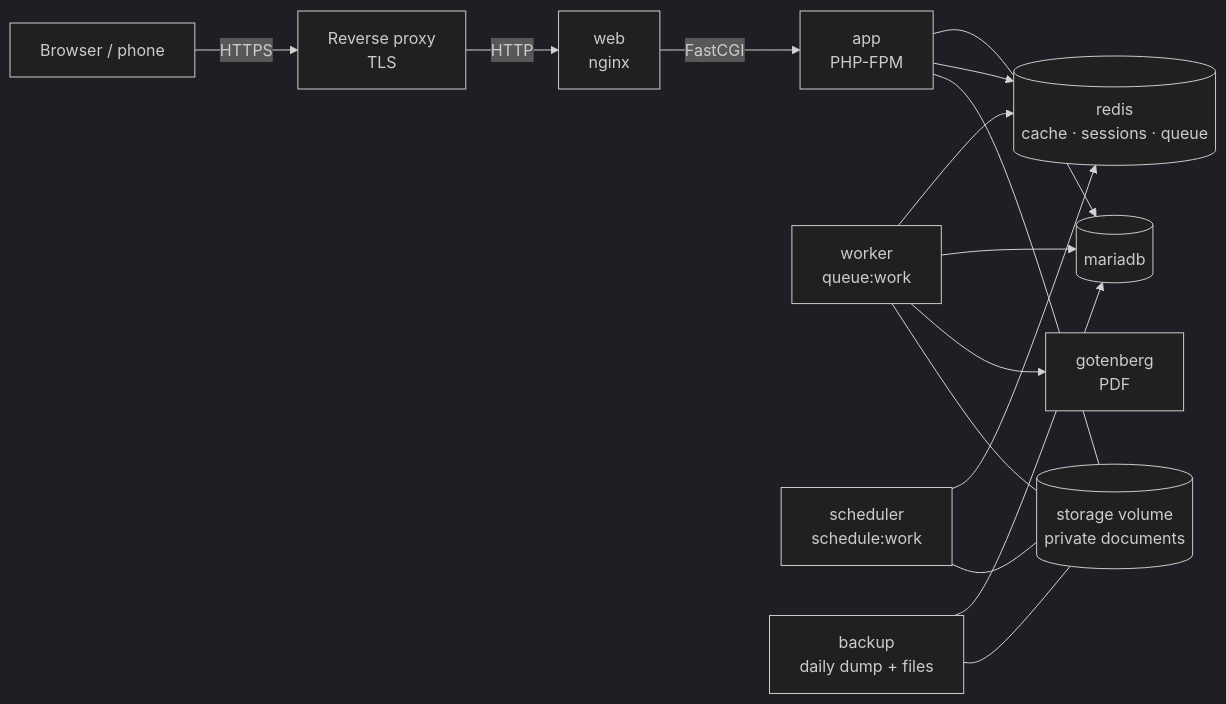
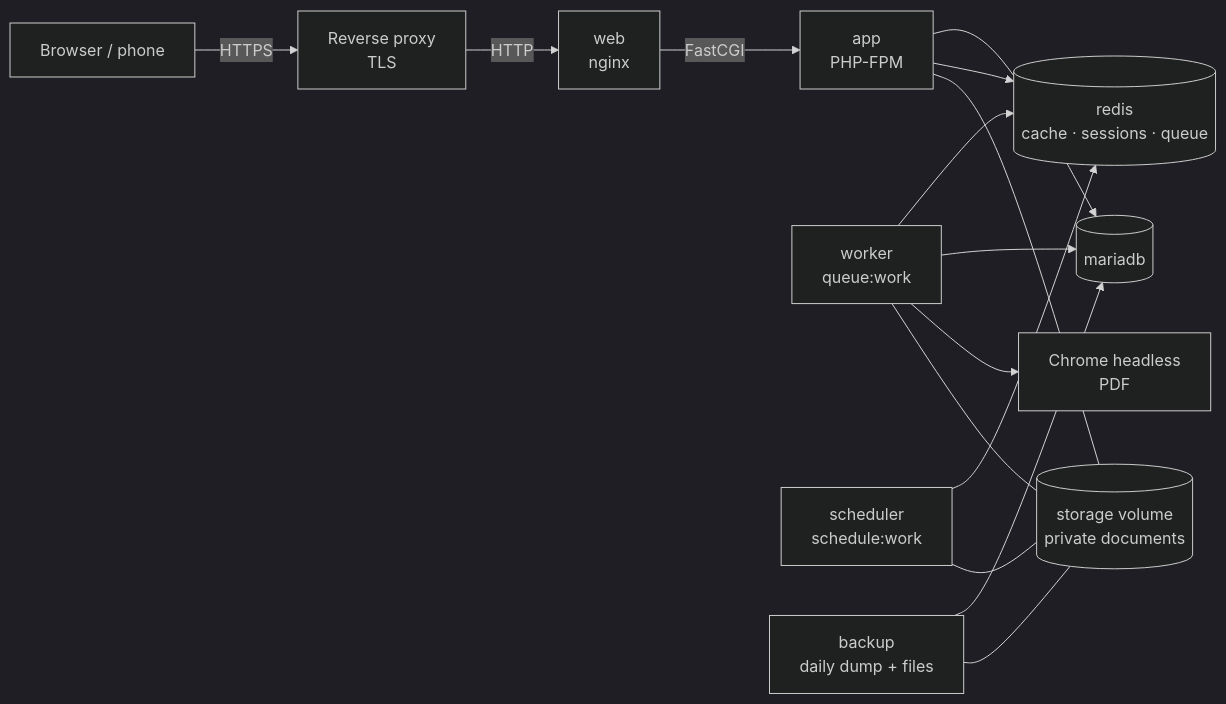
Before and after one commit to erkihunb/Heavy: the fifth of 5 diagrams in docs/ARCHITECTURE.md, drawn with Mermaid (dark theme). The commit also changed other lines of this file and 16 other files, not shown here.

First line of the commit message:
feat(documents): print permit PDFs with Chrome on the server, not Gotenberg

````diff
--- a/docs/ARCHITECTURE.md
+++ b/docs/ARCHITECTURE.md
@@ -140,15 +140,15 @@
 ```mermaid
 flowchart LR
     U[Browser / phone] -->|HTTPS| P[Reverse proxy<br/>TLS]
     P -->|HTTP| W[web<br/>nginx]
     W -->|FastCGI| APP[app<br/>PHP-FPM]
     APP --> DB[(mariadb)]
     APP --> R[(redis<br/>cache · sessions · queue)]
     WK[worker<br/>queue:work] --> R
     WK --> DB
-    WK --> G[gotenberg<br/>PDF]
+    WK --> G[Chrome headless<br/>PDF]
     SC[scheduler<br/>schedule:work] --> R
     APP & WK & SC --- V[(storage volume<br/>private documents)]
     B[backup<br/>daily dump + files] --> DB
     B --- V
 ```
````
